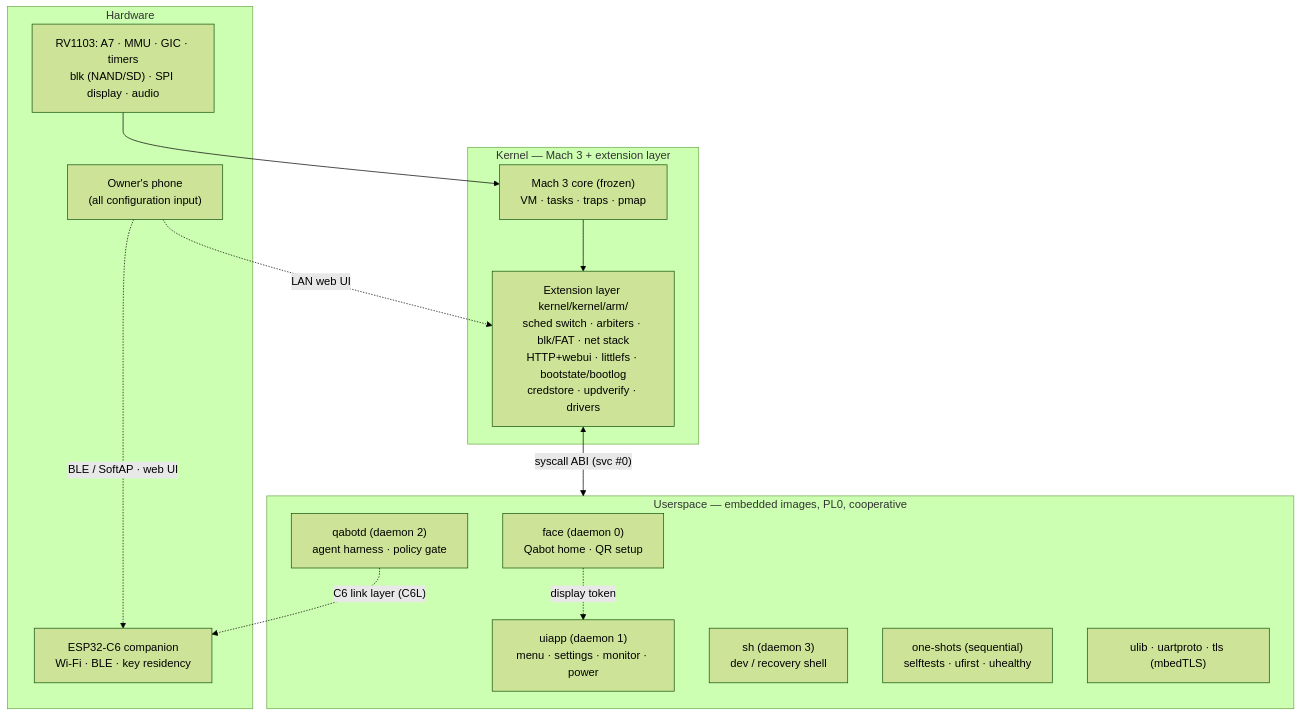
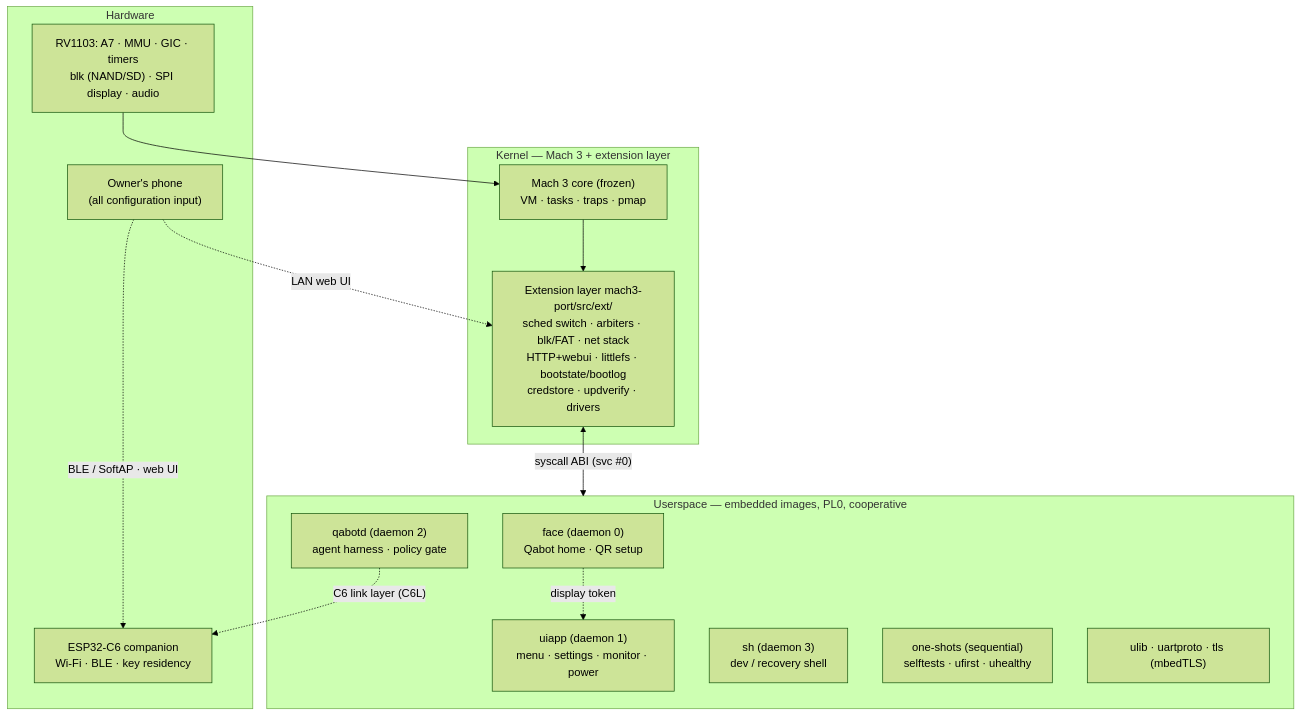
One commit to hafidz98/qaonicos changed the first of 2 diagrams in wiki/docs/architecture.md. Above: the diagram before and after it, drawn with Mermaid (forest theme). The commit also changed 16 other files, not shown here.

First line of the commit message:
Restructure: living-docs path updates + mach3-port layout map

````diff
--- a/wiki/docs/architecture.md
+++ b/wiki/docs/architecture.md
@@ -20,27 +20,27 @@
 ```mermaid
 graph TB
     subgraph HW["Hardware"]
         RV["RV1103: A7 · MMU · GIC · timers<br/>blk (NAND/SD) · SPI display · audio"]
         C6["ESP32-C6 companion<br/>Wi-Fi · BLE · key residency"]
         PHONE["Owner's phone<br/>(all configuration input)"]
     end
     subgraph K["Kernel — Mach 3 + extension layer"]
         CORE["Mach 3 core (frozen)<br/>VM · tasks · traps · pmap"]
-        EXT["Extension layer kernel/kernel/arm/<br/>sched switch · arbiters · blk/FAT · net stack<br/>HTTP+webui · littlefs · bootstate/bootlog<br/>credstore · updverify · drivers"]
+        EXT["Extension layer mach3-port/src/ext/<br/>sched switch · arbiters · blk/FAT · net stack<br/>HTTP+webui · littlefs · bootstate/bootlog<br/>credstore · updverify · drivers"]
     end
     subgraph U["Userspace — embedded images, PL0, cooperative"]
         FACE["face (daemon 0)<br/>Qabot home · QR setup"]
         UIAPP["uiapp (daemon 1)<br/>menu · settings · monitor · power"]
         QABOTD["qabotd (daemon 2)<br/>agent harness · policy gate"]
         SH["sh (daemon 3)<br/>dev / recovery shell"]
         ONE["one-shots (sequential)<br/>selftests · ufirst · uhealthy"]
         LIB["ulib · uartproto · tls (mbedTLS)"]
     end
     RV --> CORE
     CORE --> EXT
     EXT <-->|"syscall ABI (svc #0)"| U
     FACE -.->|"display token"| UIAPP
     QABOTD -.->|"C6 link layer (C6L)"| C6
     PHONE -.->|"BLE / SoftAP · web UI"| C6
     PHONE -.->|"LAN web UI"| EXT
 ```
````
